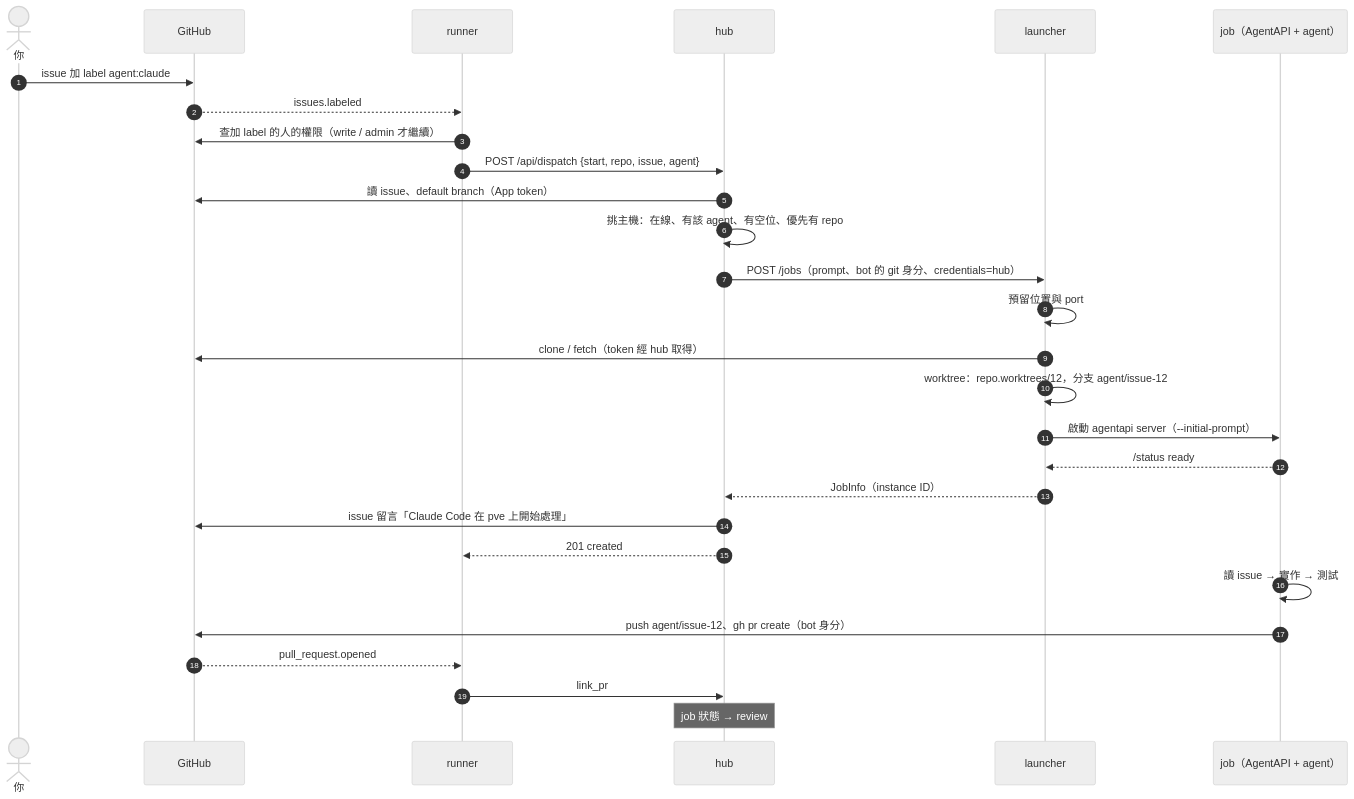
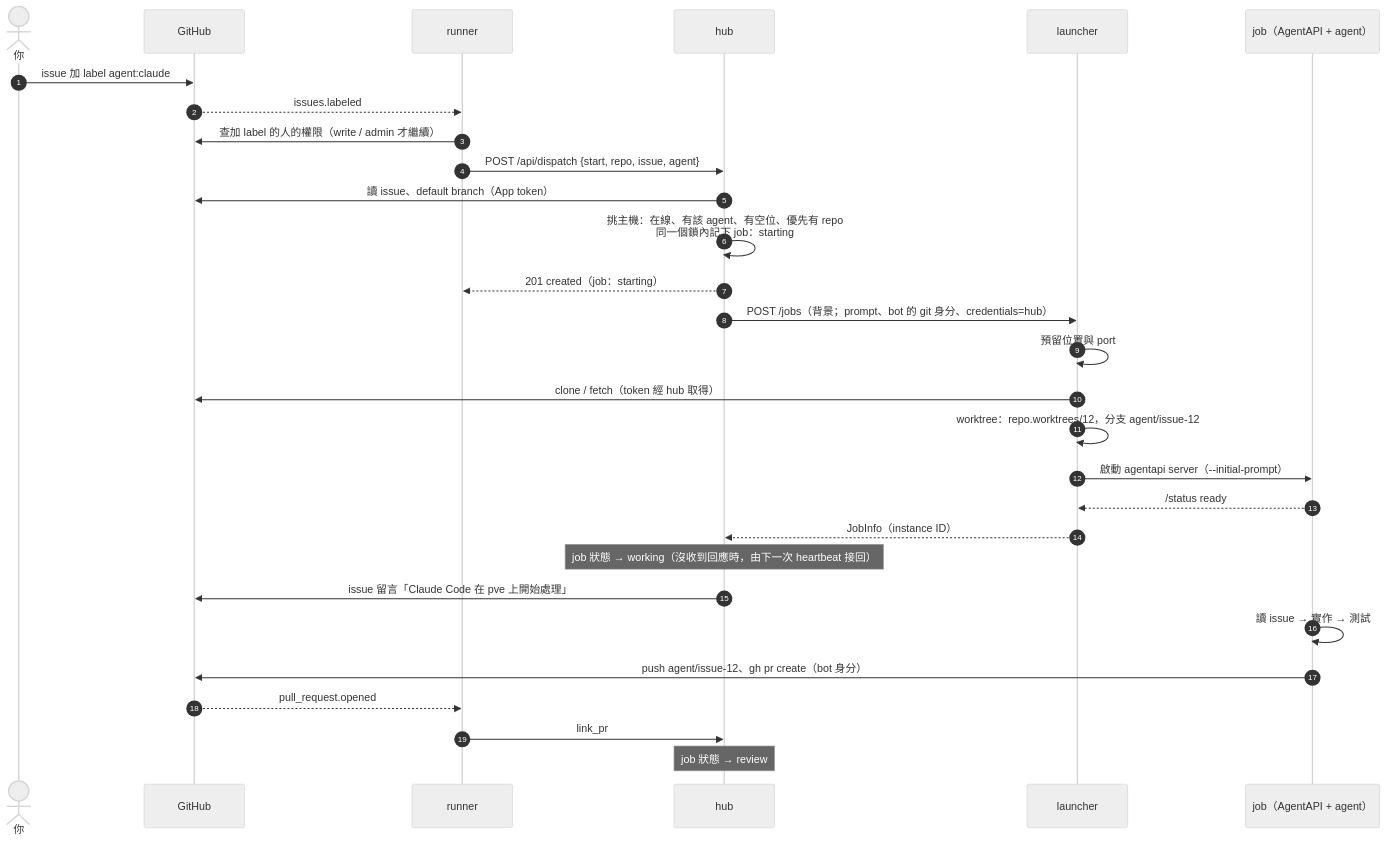
Before and after one commit to k1dav-c/agentapi: the second of 7 diagrams in docs/specs/issue-dispatch-flow.zh-TW.md, drawn with Mermaid (neutral theme). The commit also changed other lines of this file and 10 other files, not shown here.

````diff
--- a/docs/specs/issue-dispatch-flow.zh-TW.md
+++ b/docs/specs/issue-dispatch-flow.zh-TW.md
@@ -56,31 +56,32 @@
 ```mermaid
 sequenceDiagram
   autonumber
   actor U as 你
   participant GH as GitHub
   participant R as runner
   participant H as hub
   participant L as launcher
   participant J as job（AgentAPI + agent）
 
   U->>GH: issue 加 label agent:claude
   GH-->>R: issues.labeled
   R->>GH: 查加 label 的人的權限（write / admin 才繼續）
   R->>H: POST /api/dispatch {start, repo, issue, agent}
   H->>GH: 讀 issue、default branch（App token）
-  H->>H: 挑主機：在線、有該 agent、有空位、優先有 repo
-  H->>L: POST /jobs（prompt、bot 的 git 身分、credentials=hub）
+  H->>H: 挑主機：在線、有該 agent、有空位、優先有 repo<br/>同一個鎖內記下 job：starting
+  H-->>R: 201 created（job：starting）
+  H->>L: POST /jobs（背景；prompt、bot 的 git 身分、credentials=hub）
   L->>L: 預留位置與 port
   L->>GH: clone / fetch（token 經 hub 取得）
   L->>L: worktree：repo.worktrees/12，分支 agent/issue-12
   L->>J: 啟動 agentapi server（--initial-prompt）
   J-->>L: /status ready
   L-->>H: JobInfo（instance ID）
+  Note over H: job 狀態 → working（沒收到回應時，由下一次 heartbeat 接回）
   H->>GH: issue 留言「Claude Code 在 pve 上開始處理」
-  H-->>R: 201 created
   J->>J: 讀 issue → 實作 → 測試
   J->>GH: push agent/issue-12、gh pr create（bot 身分）
   GH-->>R: pull_request.opened
   R->>H: link_pr
   Note over H: job 狀態 → review
 ```
````
